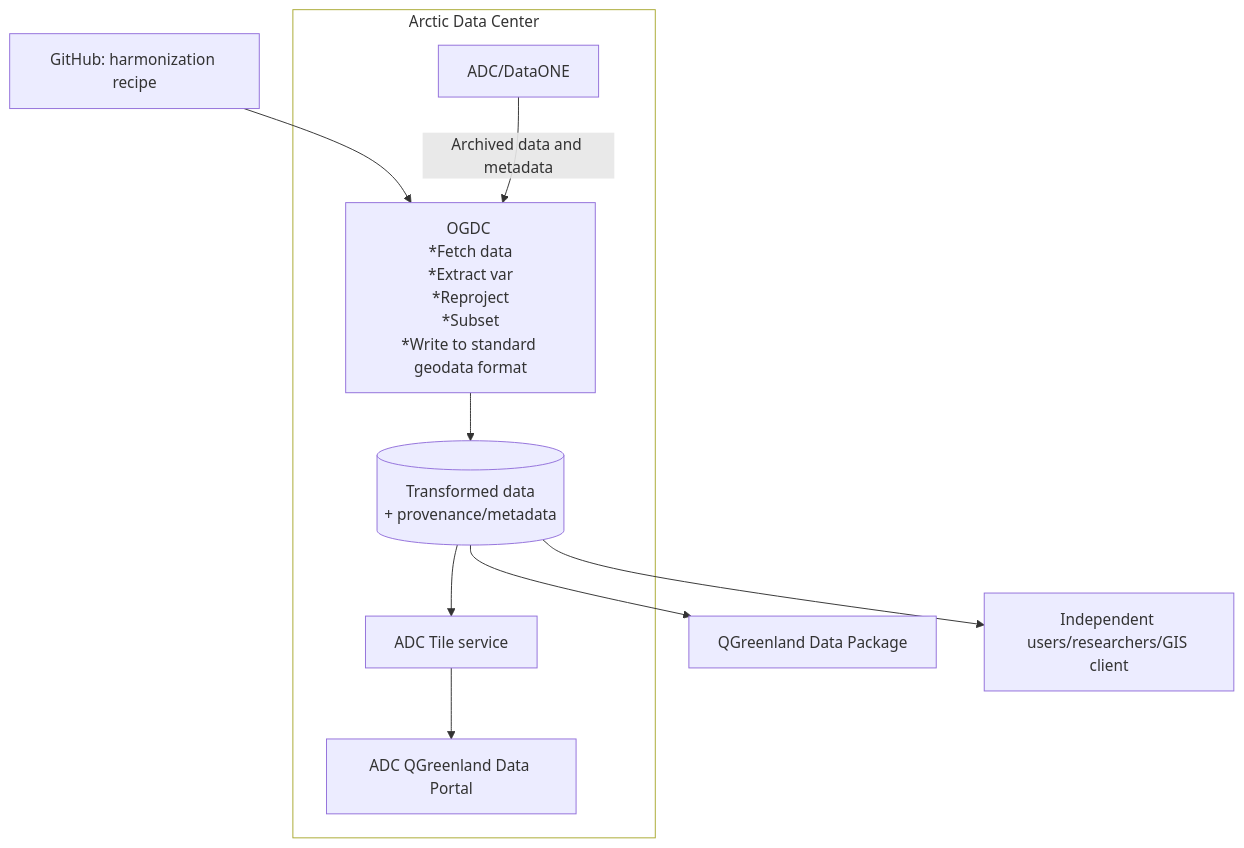
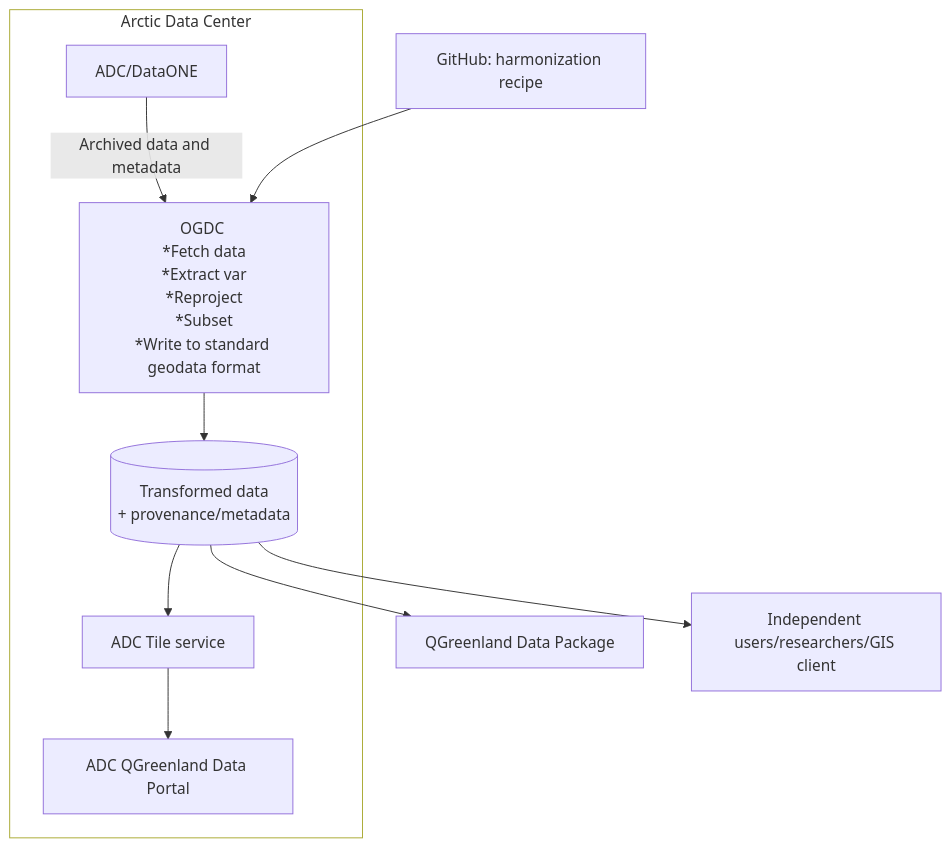
One commit to QGreenland-Net/qgreenland-net.github.io changed the diagram in diagrams/high-level-architecture.qmd. Above: the diagram before and after it, drawn with Mermaid. The commit also changed other lines of this file, not shown here.

Commit message:
Remove TODO and reorder graph

````diff
--- a/diagrams/high-level-architecture.qmd
+++ b/diagrams/high-level-architecture.qmd
@@ -9,23 +6,23 @@
 ```{mermaid}
 flowchart TD
-  RECIPE --> OGDC
-  DATA_STORE --> QGR
-  DATA_STORE --> OTHER_CONSUMERS
   ADC[ADC/DataONE]
   OGDC[OGDC </br>*Fetch data</br>*Extract var</br>*Reproject</br>*Subset</br>*Write to standard geodata format]
+  TILE_SERVICE[ADC Tile service]
   DATA_STORE[(Transformed data</br> + provenance/metadata)]
-  TILE_SERVICE[ADC Tile service]
   WEB_PORTAL[ADC QGreenland Data Portal]
   RECIPE[GitHub: harmonization recipe]
   QGR[QGreenland Data Package]
   OTHER_CONSUMERS[Independent users/researchers/GIS client]
 
   subgraph ADC_SYSTEM[Arctic Data Center]
     ADC -->|Archived data and metadata| OGDC
     OGDC --> DATA_STORE
     DATA_STORE --> TILE_SERVICE
     TILE_SERVICE --> WEB_PORTAL
   end
+  RECIPE --> OGDC
+  DATA_STORE --> QGR
+  DATA_STORE --> OTHER_CONSUMERS
 
   style ADC_SYSTEM fill:#FFFFFF;
 ```
````
